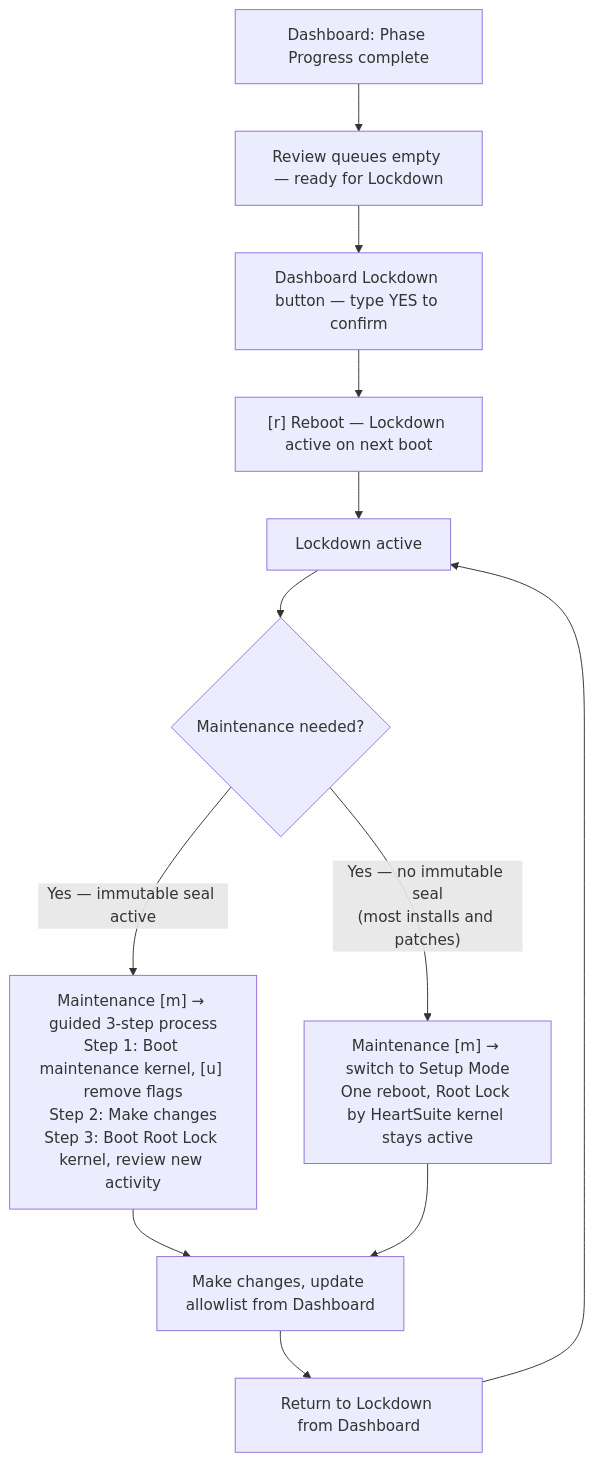
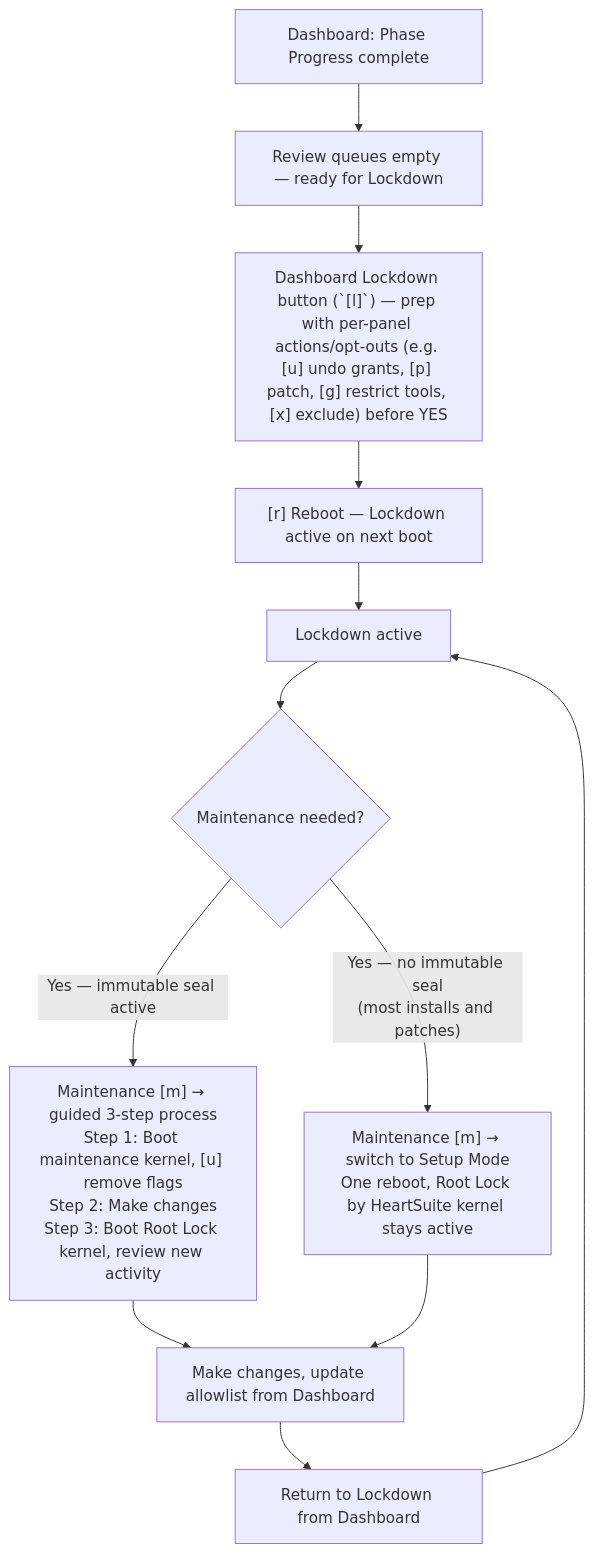
The diagram in content/en/docs/mode-switching/index.md (HeartSecuritySuite/heartsuite-docs), drawn with Mermaid before and after one commit. The commit also changed other lines of this file and 7 other files, not shown here.

````diff
--- a/content/en/docs/mode-switching/index.md
+++ b/content/en/docs/mode-switching/index.md
@@ -61,14 +61,14 @@
 ```mermaid
 graph TD
     A["Dashboard: Phase Progress complete"] --> B["Review queues empty — ready for Lockdown"];
-    B --> C["Dashboard Lockdown button — type YES to confirm"];
+    B --> C["Dashboard Lockdown button (`[l]`) — prep with per-panel actions/opt-outs (e.g. [u] undo grants, [p] patch, [g] restrict tools, [x] exclude) before YES"];
     C --> D["[r] Reboot — Lockdown active on next boot"];
     D --> E["Lockdown active"];
     E --> G{Maintenance needed?};
     G --> |"Yes — immutable seal active"| I["Maintenance [m] → guided 3-step process\nStep 1: Boot maintenance kernel, [u] remove flags\nStep 2: Make changes\nStep 3: Boot Root Lock kernel, review new activity"];
     G --> |"Yes — no immutable seal\n(most installs and patches)"| O["Maintenance [m] → switch to Setup Mode\nOne reboot, Root Lock by HeartSuite kernel stays active"];
     I --> J["Make changes, update allowlist from Dashboard"];
     O --> J;
     J --> N["Return to Lockdown from Dashboard"];
     N --> E;
 ```
````
